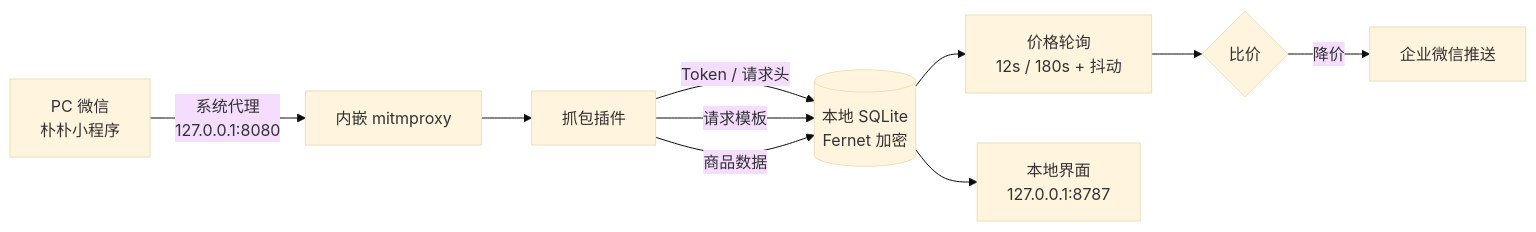
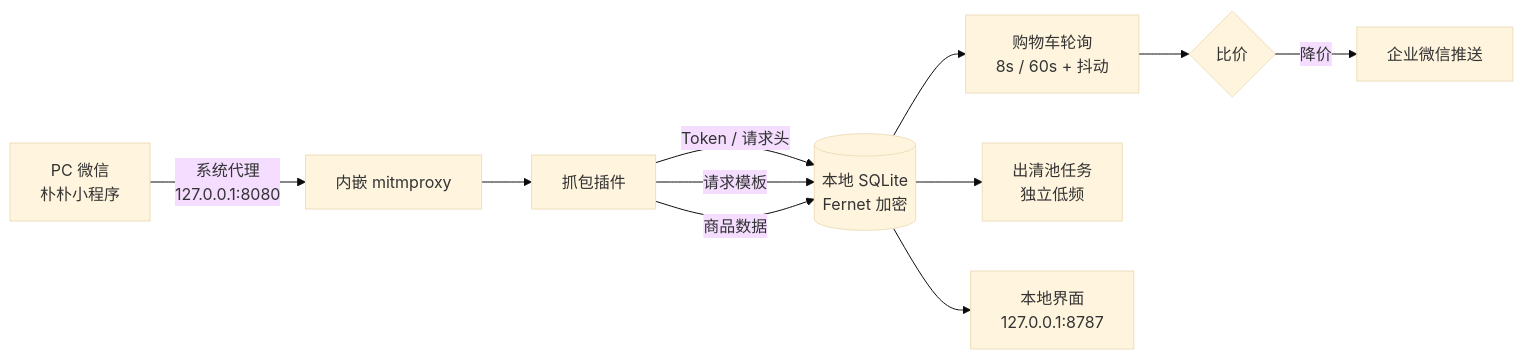
One commit to qianyu2133/pupu-monitor changed the diagram in README.md. Above: the diagram before and after it, drawn with Mermaid (base theme). The commit also changed other lines of this file and 8 other files, not shown here.

````diff
--- a/README.md
+++ b/README.md
@@ -60,12 +60,13 @@
 ```mermaid
 flowchart LR
     A["PC 微信<br/>朴朴小程序"] -->|"系统代理<br/>127.0.0.1:8080"| B["内嵌 mitmproxy"]
     B --> C["抓包插件"]
     C -->|"Token / 请求头"| D[("本地 SQLite<br/>Fernet 加密")]
     C -->|"请求模板"| D
     C -->|"商品数据"| D
-    D --> E["价格轮询<br/>12s / 180s + 抖动"]
+    D --> E["购物车轮询<br/>8s / 60s + 抖动"]
+    D --> S["出清池任务<br/>独立低频"]
     E --> F{"比价"}
     F -->|"降价"| G["企业微信推送"]
     D --> H["本地界面<br/>127.0.0.1:8787"]
 ```
````
